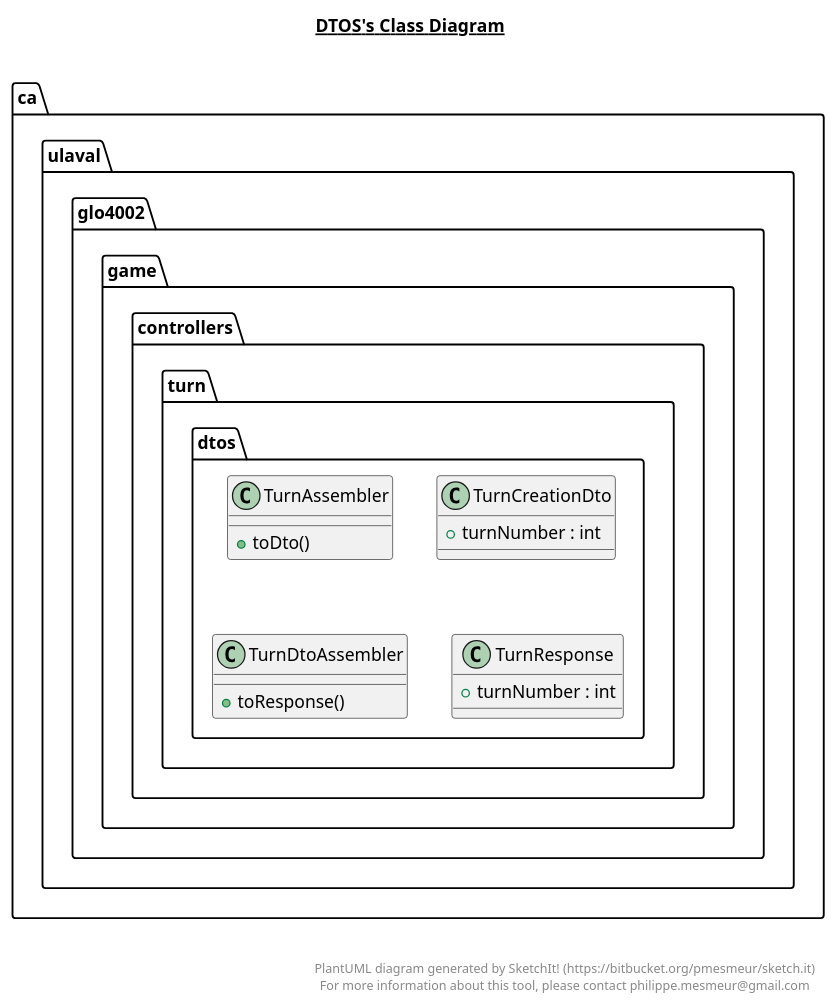
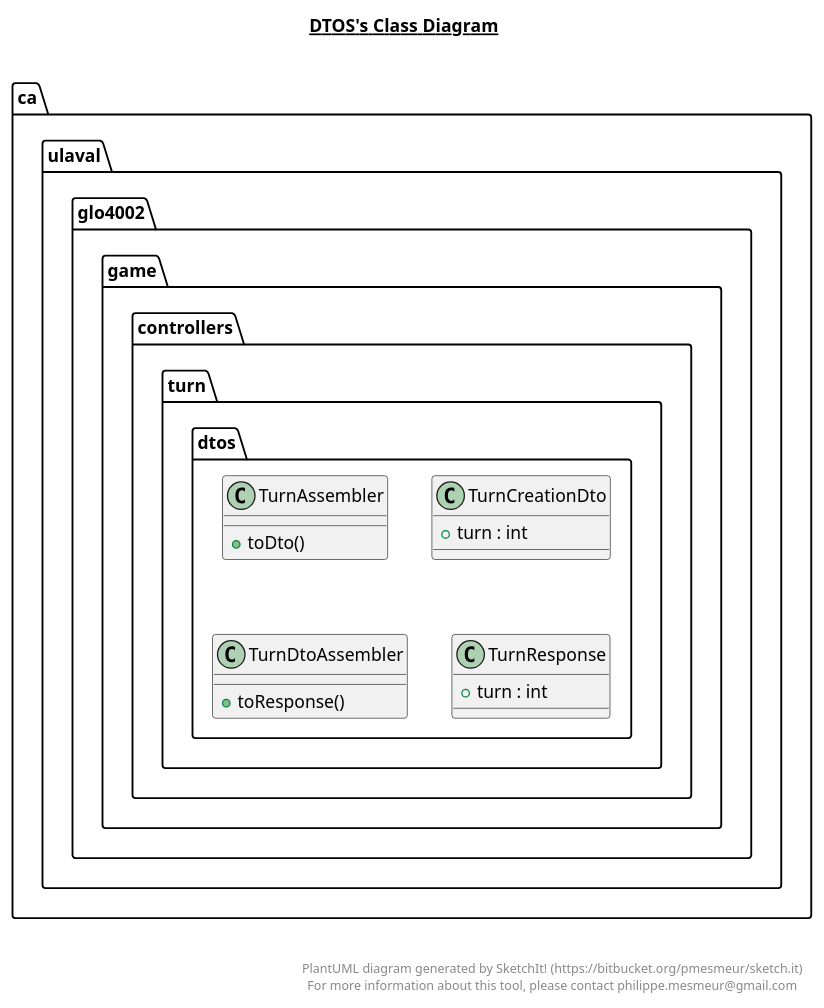
Before and after one commit to MALEC321/MEP7: the diagram in game-api/src/main/java/ca/ulaval/glo4002/game/controllers/turn/dtos/dtos.plantuml, drawn with PlantUML. The commit also changed 10 other files, not shown here.

```diff
--- a/game-api/src/main/java/ca/ulaval/glo4002/game/controllers/turn/dtos/dtos.plantuml
+++ b/game-api/src/main/java/ca/ulaval/glo4002/game/controllers/turn/dtos/dtos.plantuml
@@ -1,58 +1,58 @@
 @startuml
 
 title __DTOS's Class Diagram__\n
 
     namespace ca.ulaval.glo4002.game {
       namespace controllers.turn {
         namespace dtos {
           class ca.ulaval.glo4002.game.controllers.turn.dtos.TurnAssembler {
               + toDto()
           }
         }
       }
     }
   
 
     namespace ca.ulaval.glo4002.game {
       namespace controllers.turn {
         namespace dtos {
           class ca.ulaval.glo4002.game.controllers.turn.dtos.TurnCreationDto {
-              + turnNumber : int
+              + turn : int
           }
         }
       }
     }
   
 
     namespace ca.ulaval.glo4002.game {
       namespace controllers.turn {
         namespace dtos {
           class ca.ulaval.glo4002.game.controllers.turn.dtos.TurnDtoAssembler {
               + toResponse()
           }
         }
       }
     }
   
 
     namespace ca.ulaval.glo4002.game {
       namespace controllers.turn {
         namespace dtos {
           class ca.ulaval.glo4002.game.controllers.turn.dtos.TurnResponse {
-              + turnNumber : int
+              + turn : int
           }
         }
       }
     }
   
 
 
 
 right footer
 
 
 PlantUML diagram generated by SketchIt! (https://bitbucket.org/pmesmeur/sketch.it)
 For more information about this tool, please contact philippe.mesmeur@gmail.com
 endfooter
 
 @enduml
```
